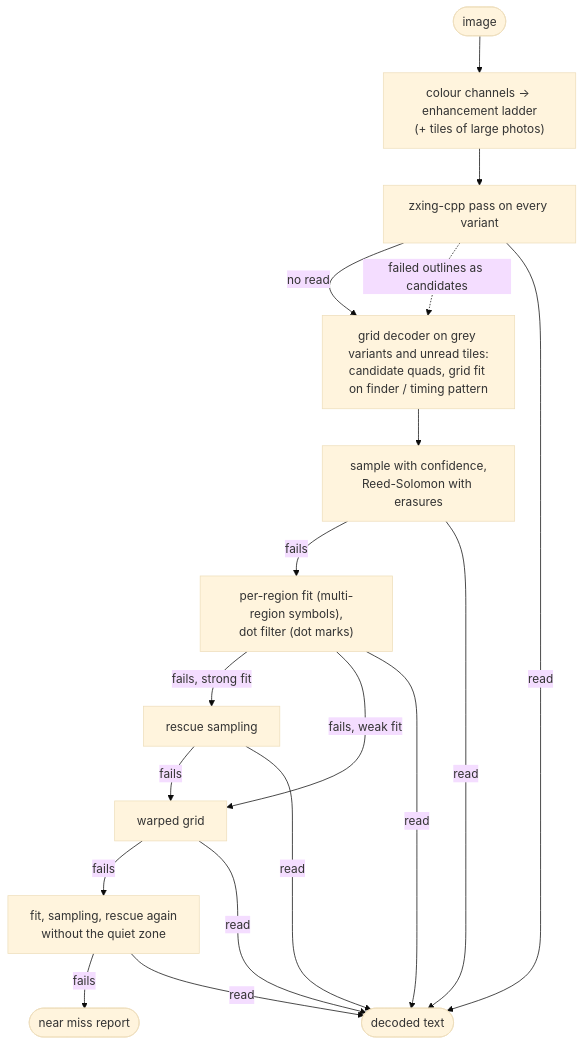
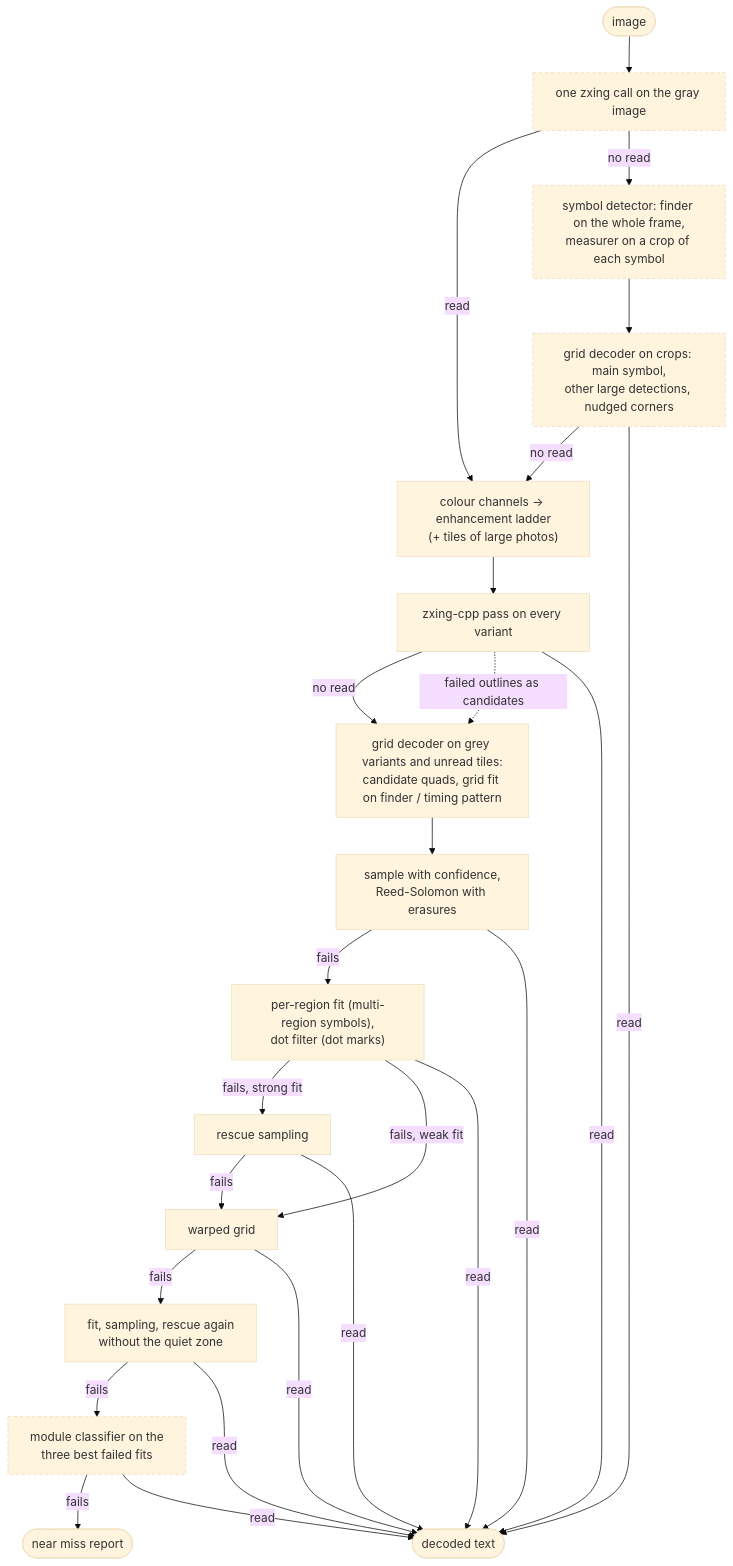
One commit to aharjajarvi/dpmread changed the diagram in doc/features.md. Above: the diagram before and after it, drawn with Mermaid (base theme). The commit also changed other lines of this file, not shown here.

First line of the commit message:
features.md: show the detector and module classifier in the read diagram (#37)

````diff
--- a/doc/features.md
+++ b/doc/features.md
@@ -23,20 +23,29 @@
 ```mermaid
 flowchart TD
-    img([image]) --> lad["colour channels → enhancement ladder<br/>(+ tiles of large photos)"]
-    lad --> zx["zxing-cpp pass on every variant"]
+    img([image]) --> gate["one zxing call on the gray image"]
+    gate -- read --> lad
+    gate -- no read --> det["symbol detector: finder on the whole frame,<br/>measurer on a crop of each symbol"]
+    det --> ft["grid decoder on crops: main symbol,<br/>other large detections, nudged corners"]
+    ft -- no read --> lad
+    ft -- read --> res
+    lad["colour channels → enhancement ladder<br/>(+ tiles of large photos)"] --> zx["zxing-cpp pass on every variant"]
     zx -- no read --> gv["grid decoder on grey variants and unread tiles:<br/>candidate quads, grid fit on finder / timing pattern"]
     zx -. failed outlines as candidates .-> gv
     gv --> rs["sample with confidence,<br/>Reed-Solomon with erasures"]
     rs -- fails --> ex["per-region fit (multi-region symbols),<br/>dot filter (dot marks)"]
     ex -- "fails, strong fit" --> resc["rescue sampling"]
     ex -- "fails, weak fit" --> warp
     resc -- fails --> warp["warped grid"]
     warp -- fails --> qz["fit, sampling, rescue again<br/>without the quiet zone"]
-    qz -- fails --> nm([near miss report])
+    qz -- fails --> mc["module classifier on the<br/>three best failed fits"]
+    mc -- fails --> nm([near miss report])
     zx -- read --> res([decoded text])
     rs -- read --> res
     ex -- read --> res
     resc -- read --> res
     warp -- read --> res
     qz -- read --> res
+    mc -- read --> res
+    classDef ml stroke-dasharray: 5 3
+    class gate,det,ft,mc ml
 ```
````
